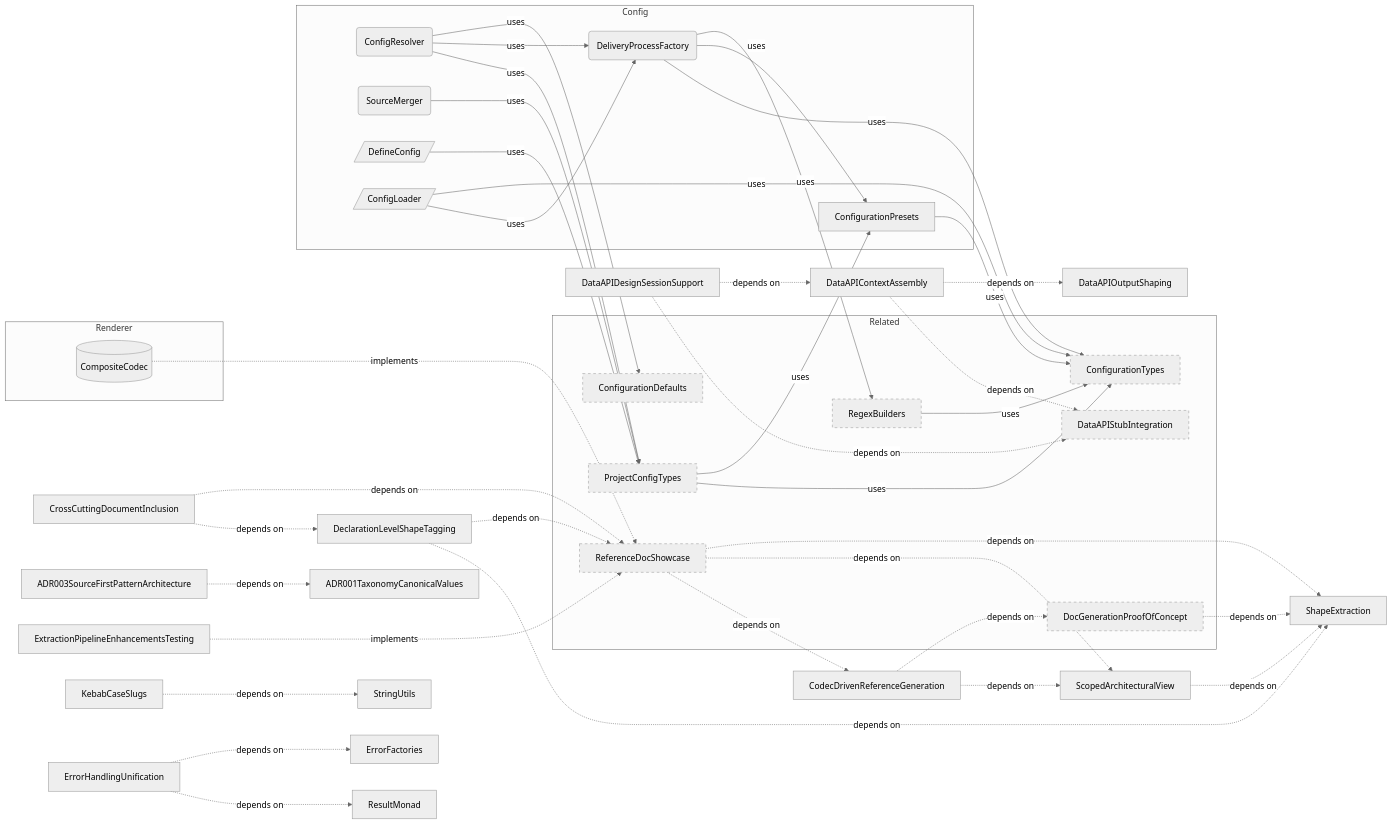
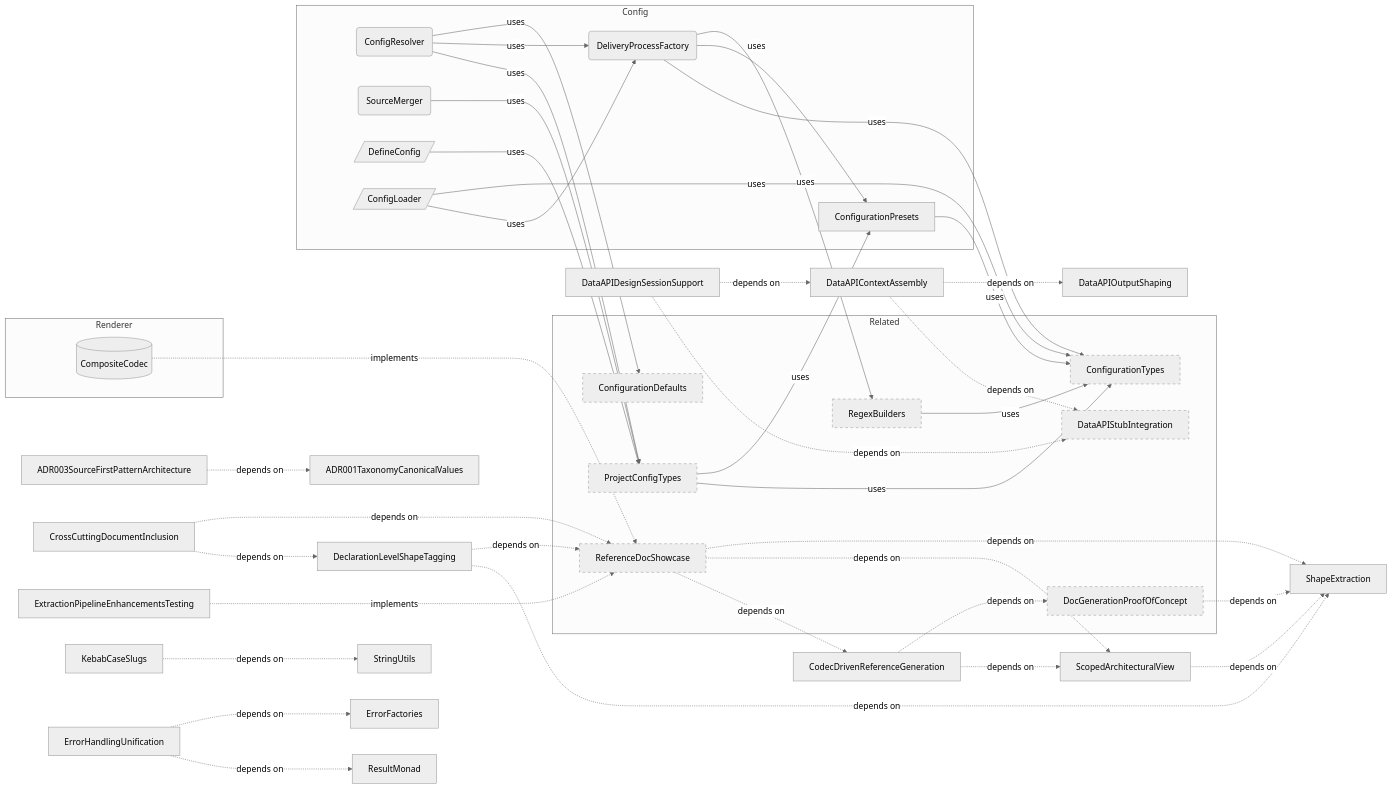
One commit to libar-dev/architect changed the second of 2 diagrams in docs-live/PRODUCT-AREAS.md. Above: the diagram before and after it, drawn with Mermaid (neutral theme). The commit also changed other lines of this file and 9 other files, not shown here.

First line of the commit message:
chore: implement PublishingRelocation (Phase 40, roadmap→active)

````diff
--- a/docs-live/PRODUCT-AREAS.md
+++ b/docs-live/PRODUCT-AREAS.md
@@ -179,75 +179,75 @@
 ```mermaid
 graph LR
     subgraph config["Config"]
         ConfigResolver("ConfigResolver")
         ConfigurationPresets["ConfigurationPresets"]
         SourceMerger("SourceMerger")
         DeliveryProcessFactory("DeliveryProcessFactory")
         DefineConfig[/"DefineConfig"/]
         ConfigLoader[/"ConfigLoader"/]
     end
     subgraph renderer["Renderer"]
         CompositeCodec[("CompositeCodec")]
     end
+    ADR003SourceFirstPatternArchitecture["ADR003SourceFirstPatternArchitecture"]
+    ADR001TaxonomyCanonicalValues["ADR001TaxonomyCanonicalValues"]
     ShapeExtraction["ShapeExtraction"]
     ScopedArchitecturalView["ScopedArchitecturalView"]
     DeclarationLevelShapeTagging["DeclarationLevelShapeTagging"]
     DataAPIDesignSessionSupport["DataAPIDesignSessionSupport"]
     DataAPIOutputShaping["DataAPIOutputShaping"]
     DataAPIContextAssembly["DataAPIContextAssembly"]
     CrossCuttingDocumentInclusion["CrossCuttingDocumentInclusion"]
     CodecDrivenReferenceGeneration["CodecDrivenReferenceGeneration"]
-    ADR003SourceFirstPatternArchitecture["ADR003SourceFirstPatternArchitecture"]
-    ADR001TaxonomyCanonicalValues["ADR001TaxonomyCanonicalValues"]
     StringUtils["StringUtils"]
     ResultMonad["ResultMonad"]
     ErrorFactories["ErrorFactories"]
     ExtractionPipelineEnhancementsTesting["ExtractionPipelineEnhancementsTesting"]
     KebabCaseSlugs["KebabCaseSlugs"]
     ErrorHandlingUnification["ErrorHandlingUnification"]
     subgraph related["Related"]
         ConfigurationTypes["ConfigurationTypes"]:::neighbor
         RegexBuilders["RegexBuilders"]:::neighbor
         ProjectConfigTypes["ProjectConfigTypes"]:::neighbor
         ConfigurationDefaults["ConfigurationDefaults"]:::neighbor
         ReferenceDocShowcase["ReferenceDocShowcase"]:::neighbor
         DocGenerationProofOfConcept["DocGenerationProofOfConcept"]:::neighbor
         DataAPIStubIntegration["DataAPIStubIntegration"]:::neighbor
     end
     ConfigResolver -->|uses| ProjectConfigTypes
     ConfigResolver -->|uses| DeliveryProcessFactory
     ConfigResolver -->|uses| ConfigurationDefaults
     ConfigurationPresets -->|uses| ConfigurationTypes
     SourceMerger -->|uses| ProjectConfigTypes
     DeliveryProcessFactory -->|uses| ConfigurationTypes
     DeliveryProcessFactory -->|uses| ConfigurationPresets
     DeliveryProcessFactory -->|uses| RegexBuilders
     DefineConfig -->|uses| ProjectConfigTypes
     ConfigLoader -->|uses| DeliveryProcessFactory
     ConfigLoader -->|uses| ConfigurationTypes
     CompositeCodec ..->|implements| ReferenceDocShowcase
+    ADR003SourceFirstPatternArchitecture -.->|depends on| ADR001TaxonomyCanonicalValues
     ScopedArchitecturalView -.->|depends on| ShapeExtraction
     DeclarationLevelShapeTagging -.->|depends on| ShapeExtraction
     DeclarationLevelShapeTagging -.->|depends on| ReferenceDocShowcase
     DataAPIDesignSessionSupport -.->|depends on| DataAPIContextAssembly
     DataAPIDesignSessionSupport -.->|depends on| DataAPIStubIntegration
     DataAPIContextAssembly -.->|depends on| DataAPIOutputShaping
     DataAPIContextAssembly -.->|depends on| DataAPIStubIntegration
     CrossCuttingDocumentInclusion -.->|depends on| DeclarationLevelShapeTagging
     CrossCuttingDocumentInclusion -.->|depends on| ReferenceDocShowcase
     CodecDrivenReferenceGeneration -.->|depends on| DocGenerationProofOfConcept
     CodecDrivenReferenceGeneration -.->|depends on| ScopedArchitecturalView
-    ADR003SourceFirstPatternArchitecture -.->|depends on| ADR001TaxonomyCanonicalValues
     ExtractionPipelineEnhancementsTesting ..->|implements| ReferenceDocShowcase
     KebabCaseSlugs -.->|depends on| StringUtils
     ErrorHandlingUnification -.->|depends on| ResultMonad
     ErrorHandlingUnification -.->|depends on| ErrorFactories
     RegexBuilders -->|uses| ConfigurationTypes
     ProjectConfigTypes -->|uses| ConfigurationTypes
     ProjectConfigTypes -->|uses| ConfigurationPresets
     ReferenceDocShowcase -.->|depends on| CodecDrivenReferenceGeneration
     ReferenceDocShowcase -.->|depends on| ScopedArchitecturalView
     ReferenceDocShowcase -.->|depends on| ShapeExtraction
     DocGenerationProofOfConcept -.->|depends on| ShapeExtraction
     classDef neighbor stroke-dasharray: 5 5
 ```
````
